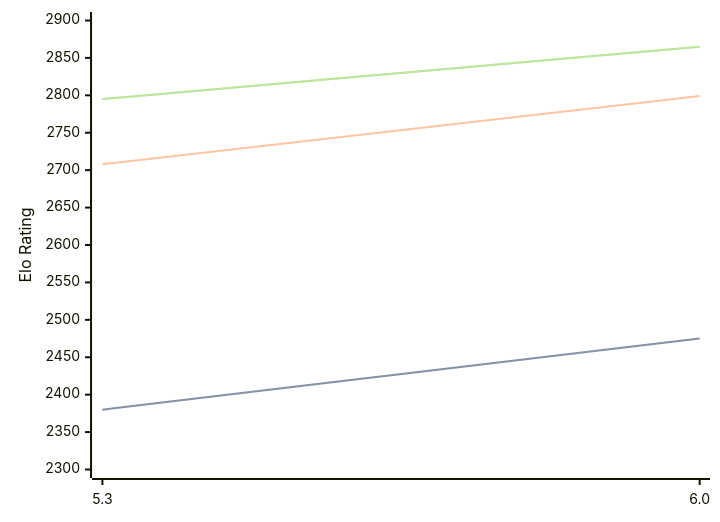
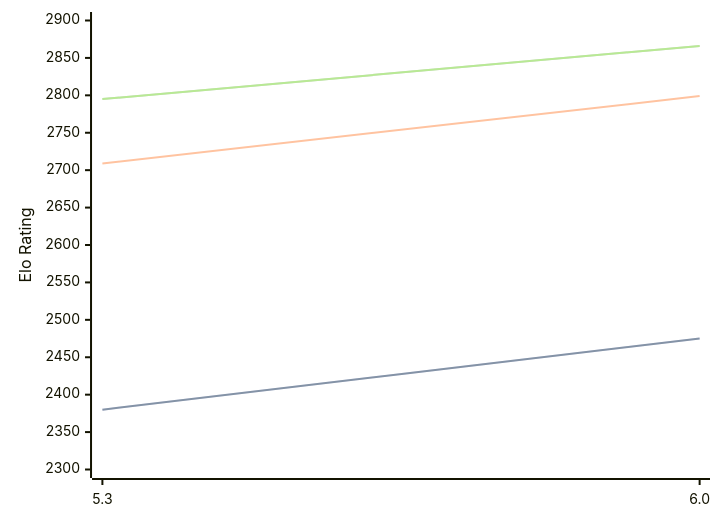
The third of 3 diagrams in engines/tomitankChess.md (computer-chess-index/cci), drawn with Mermaid before and after one commit. The commit also changed other lines of this file, not shown here.

Commit message:
Update CCI Ratings (ELO VLTC) - 2026-06-22

````diff
--- a/engines/tomitankChess.md
+++ b/engines/tomitankChess.md
@@ -73,11 +73,11 @@
 ```mermaid
 %%{init: {"theme":"base","themeVariables":{"seriesColors:['#a3a3a3','#222221','#faa371']}}}%%
 xychart-beta
   x-axis ["5.3", "6.0"]
   y-axis "Elo Rating" 2300 --> 2900
   line "STC (8.0+0.08s)" [2380, 2475]
   line "STC (8.0+0.08s)" [2380, 2475]
-  line "LTC (60.0+0.60s)" [2708, 2799]
-  line "VLTC (2m24s+1.12s)" [2795, 2865]
-  line "VLTC (2m24s+1.12s)" [2795, 2865]
+  line "LTC (60.0+0.60s)" [2709, 2799]
+  line "VLTC (2m24s+1.12s)" [2795, 2866]
+  line "VLTC (2m24s+1.12s)" [2795, 2866]
 ```
````
